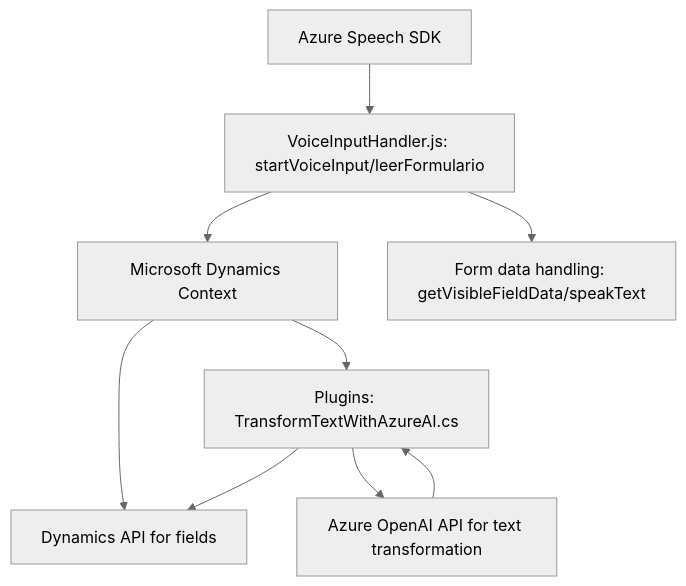
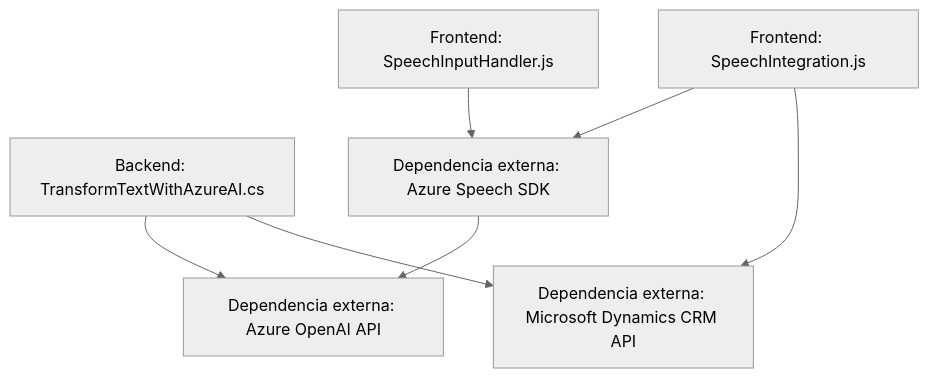
Before and after one commit to blopezdm/NETCORE_BILBAO2025: the diagram in README.md, drawn with Mermaid (neutral theme). The commit also changed other lines of this file, not shown here.

````diff
--- a/README.md
+++ b/README.md
@@ -23,11 +69,16 @@
 ```mermaid
 graph TD
-  A["Azure Speech SDK"] --> B["VoiceInputHandler.js: startVoiceInput/leerFormulario"]
-  B --> C["Microsoft Dynamics Context"]
-  B --> D["Form data handling: getVisibleFieldData/speakText"]
-  C --> E["Dynamics API for fields"]
-  C --> F["Plugins: TransformTextWithAzureAI.cs"]
-  F --> G["Azure OpenAI API for text transformation"]
-  G --> F
-  F --> E
+    A["Frontend: SpeechInputHandler.js"]
+    B["Frontend: SpeechIntegration.js"]
+    C["Backend: TransformTextWithAzureAI.cs"]
+    D["Dependencia externa: Azure Speech SDK"]
+    E["Dependencia externa: Azure OpenAI API"]
+    F["Dependencia externa: Microsoft Dynamics CRM API"]
+
+    A --> D
+    B --> D
+    B --> F
+    C --> E
+    C --> F
+    D --> E
 ```
````
